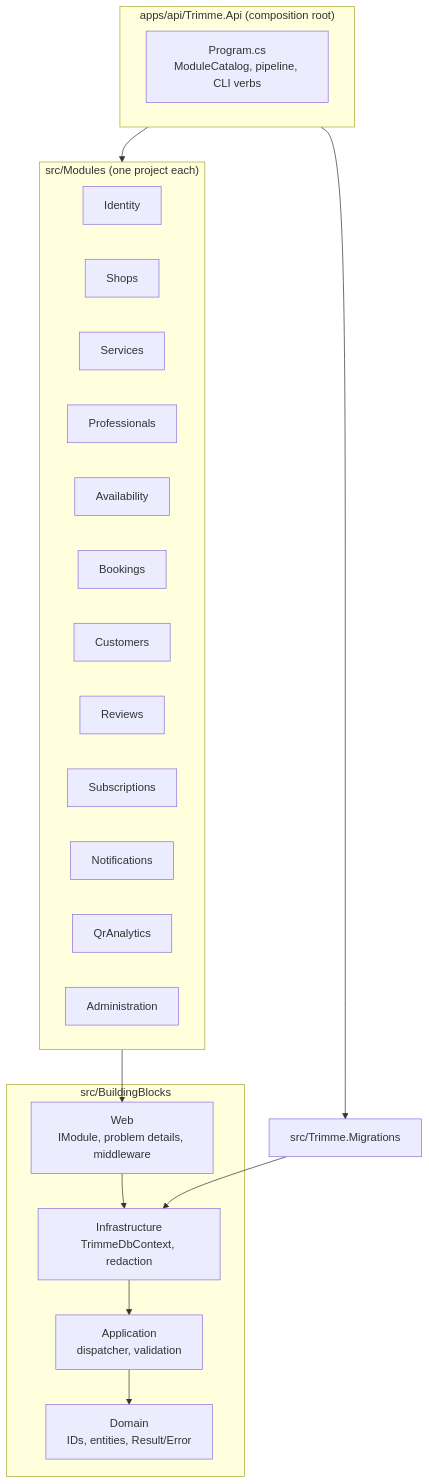
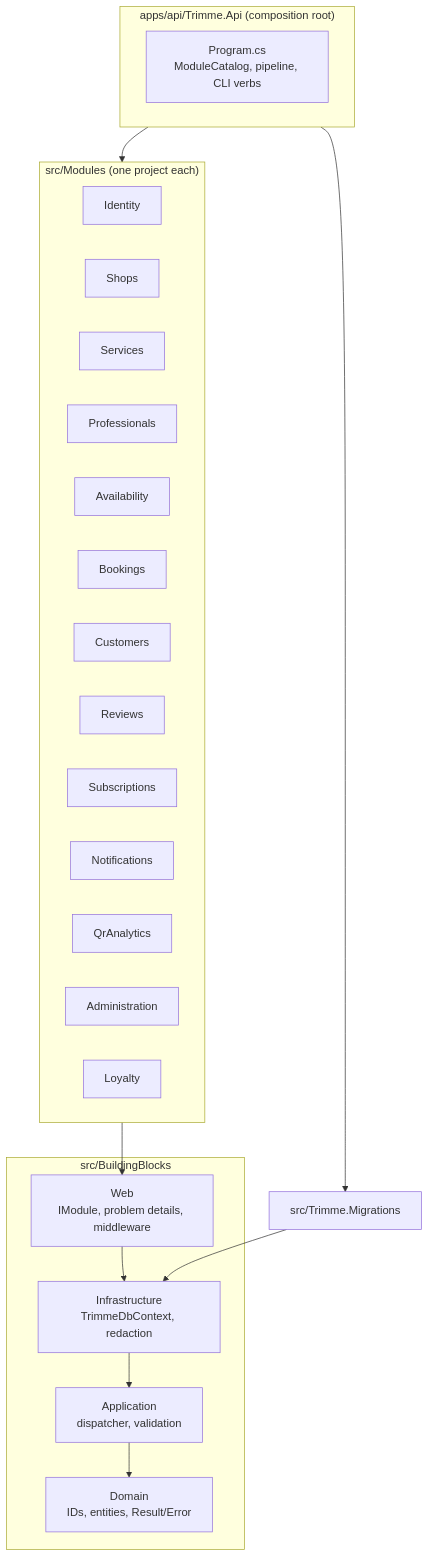
One commit to shaqwieer/Trimme changed the second of 5 diagrams in docs/architecture.md. Above: the diagram before and after it, drawn with Mermaid. The commit also changed 124 other files, not shown here.

````diff
--- a/docs/architecture.md
+++ b/docs/architecture.md
@@ -27,19 +27,20 @@
 ```mermaid
 flowchart TB
     subgraph host["apps/api/Trimme.Api (composition root)"]
       program["Program.cs<br/>ModuleCatalog, pipeline, CLI verbs"]
     end
     subgraph modules["src/Modules (one project each)"]
       m1["Identity"]; m2["Shops"]; m3["Services"]; m4["Professionals"]; m5["Availability"]; m6["Bookings"]
       m7["Customers"]; m8["Reviews"]; m9["Subscriptions"]; m10["Notifications"]; m11["QrAnalytics"]; m12["Administration"]
+      m13["Loyalty"]
     end
     subgraph bb["src/BuildingBlocks"]
       web["Web<br/>IModule, problem details, middleware"] --> infra["Infrastructure<br/>TrimmeDbContext, redaction"]
       infra --> app["Application<br/>dispatcher, validation"]
       app --> domain["Domain<br/>IDs, entities, Result/Error"]
     end
     migrations["src/Trimme.Migrations"] --> infra
     host --> modules
     host --> migrations
     modules --> web
 ```
````
